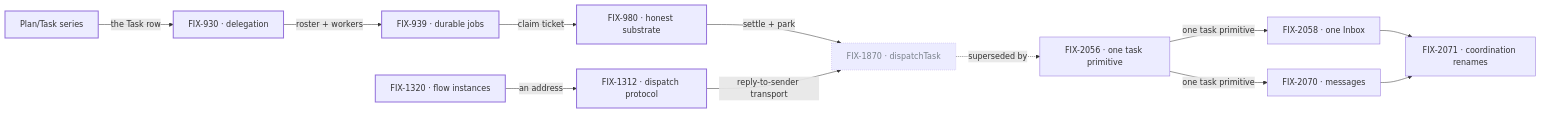
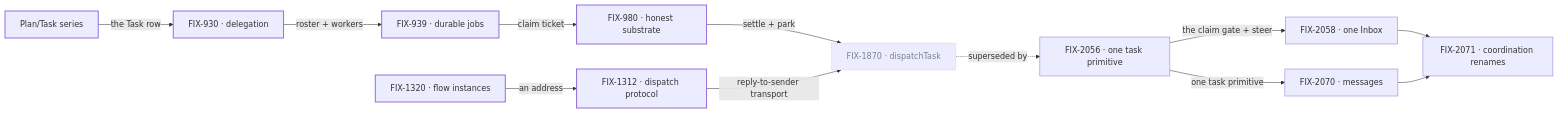
One commit to fixpoint-labs/flow-state-dev changed the diagram in spec/_projects/orchestration-primitives/SPEC.md. Above: the diagram before and after it, drawn with Mermaid. The commit also changed other lines of this file and 6 other files, not shown here.

````diff
--- a/spec/_projects/orchestration-primitives/SPEC.md
+++ b/spec/_projects/orchestration-primitives/SPEC.md
@@ -51,18 +45,18 @@
 ```mermaid
 flowchart LR
   PT["Plan/Task series"] -->|"the Task row"| D930["FIX-930 · delegation"]
   D930 -->|"roster + workers"| D939["FIX-939 · durable jobs"]
   D939 -->|"claim ticket"| D980["FIX-980 · honest substrate"]
   D1320["FIX-1320 · flow instances"] -->|"an address"| D1312["FIX-1312 · dispatch protocol"]
   D980 -->|"settle + park"| D1870["FIX-1870 · dispatchTask"]
   D1312 -->|"reply-to-sender transport"| D1870
   D1870 -.->|"superseded by"| D2056["FIX-2056 · one task primitive"]
-  D2056 -->|"one task primitive"| D2058["FIX-2058 · one Inbox"]
+  D2056 -->|"the claim gate + steer"| D2058["FIX-2058 · one Inbox"]
   D2056 -->|"one task primitive"| D2070["FIX-2070 · messages"]
   D2058 --> D2071["FIX-2071 · coordination renames"]
   D2070 --> D2071
   classDef done stroke-width:2px
   classDef canceled stroke-dasharray:1 3,color:#7A828B
   class PT,D930,D939,D980,D1320,D1312 done
   class D1870 canceled
 ```
````
